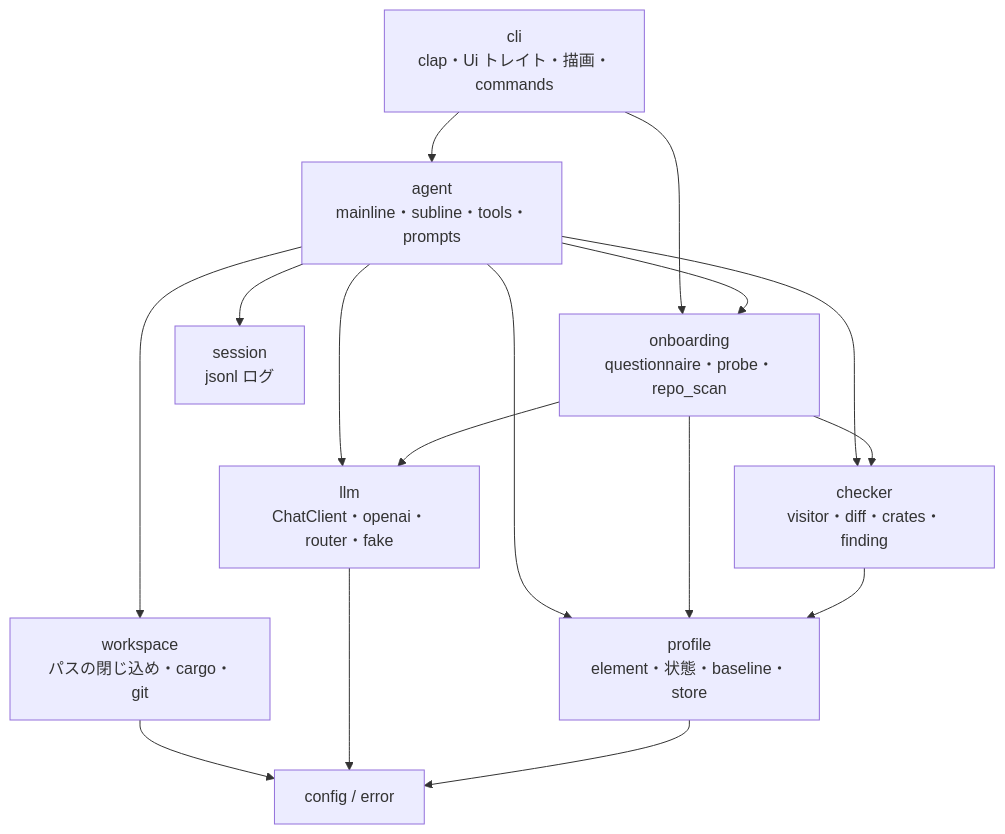
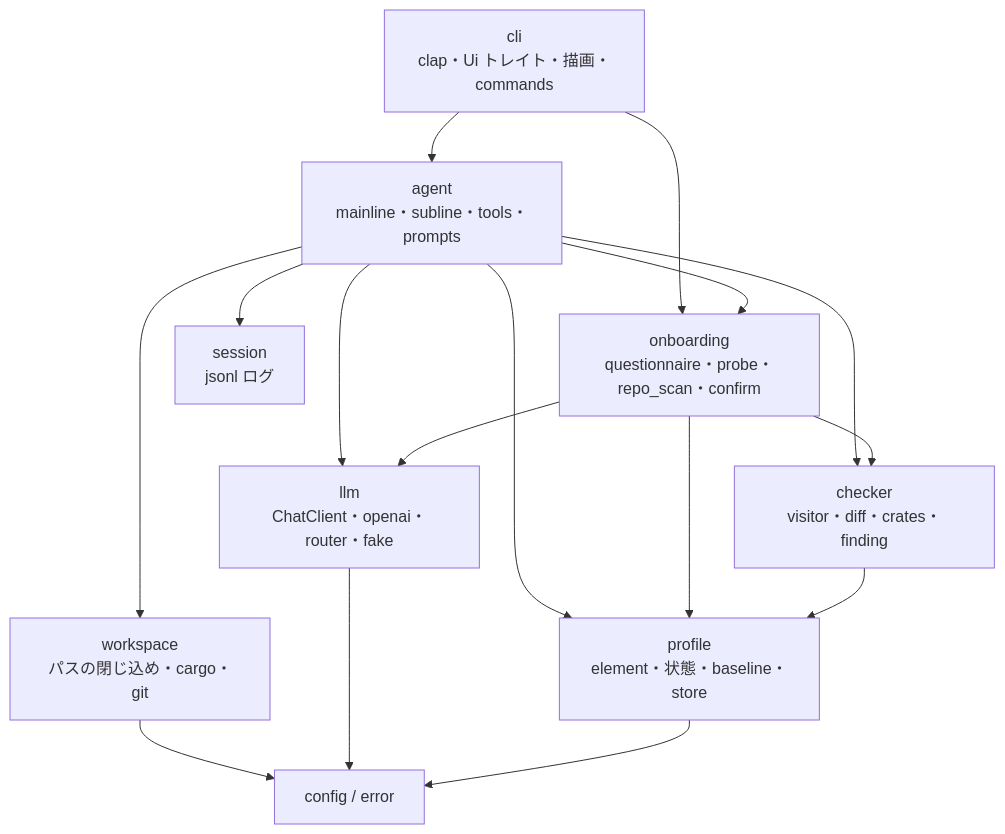
The seventh of 9 diagrams in PRD.ja.md (sumiredc/molt), drawn with Mermaid before and after one commit. The commit also changed 9 other files, not shown here.

````diff
--- a/PRD.ja.md
+++ b/PRD.ja.md
@@ -309,18 +309,18 @@
 ```mermaid
 flowchart TB
   cli["cli<br/>clap・Ui トレイト・描画・commands"] --> agent["agent<br/>mainline・subline・tools・prompts"]
-  cli --> onboarding["onboarding<br/>questionnaire・probe・repo_scan"]
+  cli --> onboarding["onboarding<br/>questionnaire・probe・repo_scan・confirm"]
   agent --> workspace["workspace<br/>パスの閉じ込め・cargo・git"]
   agent --> checker["checker<br/>visitor・diff・crates・finding"]
   agent --> llm["llm<br/>ChatClient・openai・router・fake"]
   agent --> profile["profile<br/>element・状態・baseline・store"]
   agent --> session["session<br/>jsonl ログ"]
   agent --> onboarding
   onboarding --> checker
   onboarding --> llm
   onboarding --> profile
   checker --> profile
   workspace --> config["config / error"]
   llm --> config
   profile --> config
 ```
````
